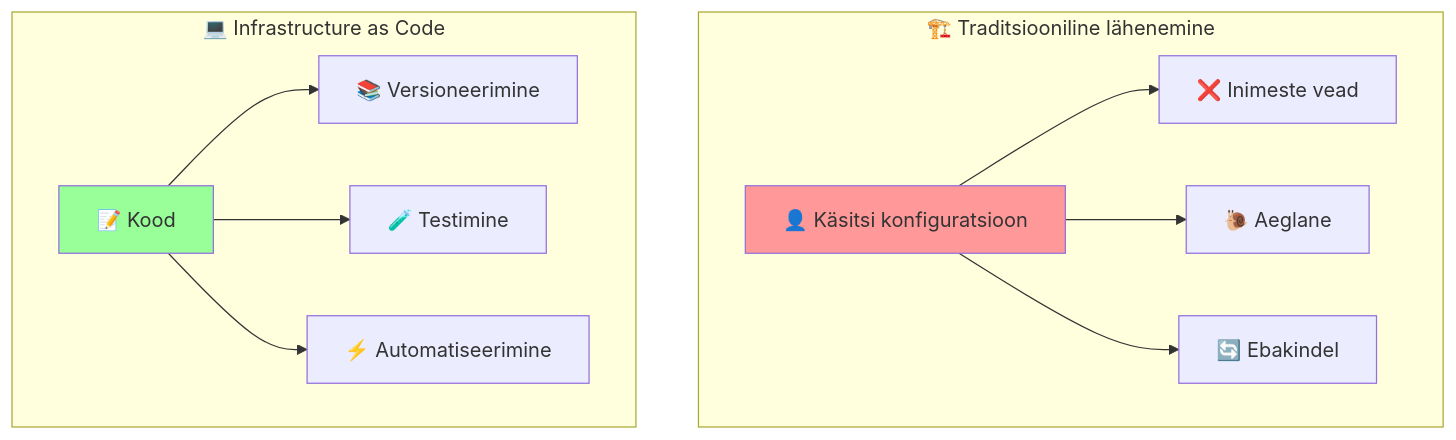
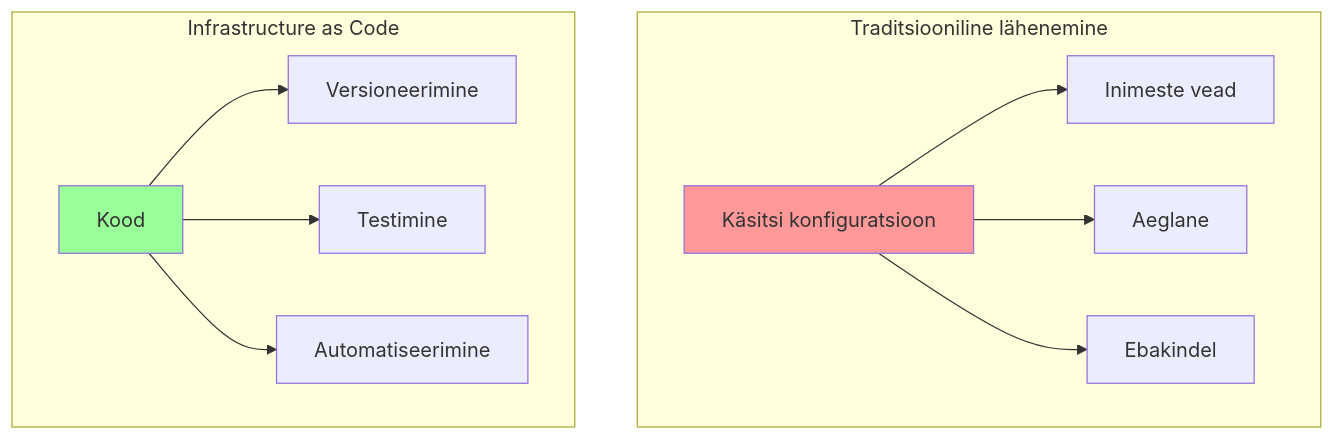
One commit to mtalvik/automatiseerimine_ext changed the first of 3 diagrams in terraform_basics/loeng.md. Above: the diagram before and after it, drawn with Mermaid. The commit also changed other lines of this file and 125 other files, not shown here.

````diff
--- a/terraform_basics/loeng.md
+++ b/terraform_basics/loeng.md
@@ -40,27 +39,27 @@
 ```mermaid
 graph TB
-    subgraph "🏗️ Traditsiooniline lähenemine"
-        Manual[👤 Käsitsi konfiguratsioon]
-        Error[❌ Inimeste vead]
-        Slow[🐌 Aeglane]
-        Inconsistent[🔄 Ebakindel]
+    subgraph " Traditsiooniline lähenemine"
+        Manual[ Käsitsi konfiguratsioon]
+        Error[ Inimeste vead]
+        Slow[ Aeglane]
+        Inconsistent[ Ebakindel]
     end
     
-    subgraph "💻 Infrastructure as Code"
-        Code[📝 Kood]
-        Version[📚 Versioneerimine]
-        Test[🧪 Testimine]
-        Automate[⚡ Automatiseerimine]
+    subgraph " Infrastructure as Code"
+        Code[ Kood]
+        Version[ Versioneerimine]
+        Test[ Testimine]
+        Automate[ Automatiseerimine]
     end
     
     Manual --> Error
     Manual --> Slow
     Manual --> Inconsistent
     
     Code --> Version
     Code --> Test
     Code --> Automate
     
     style Manual fill:#ff9999
     style Code fill:#99ff99
 ```
````
